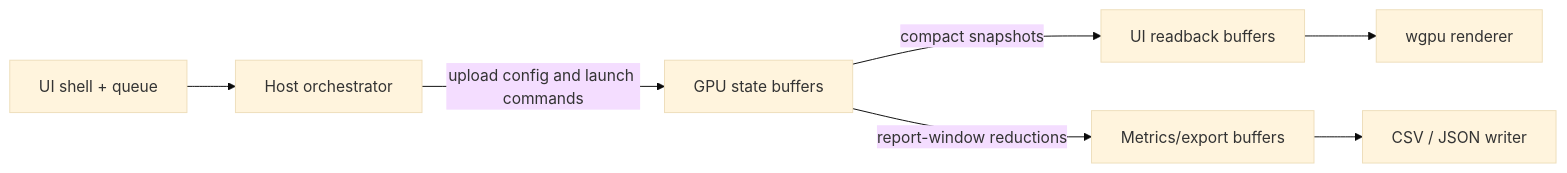
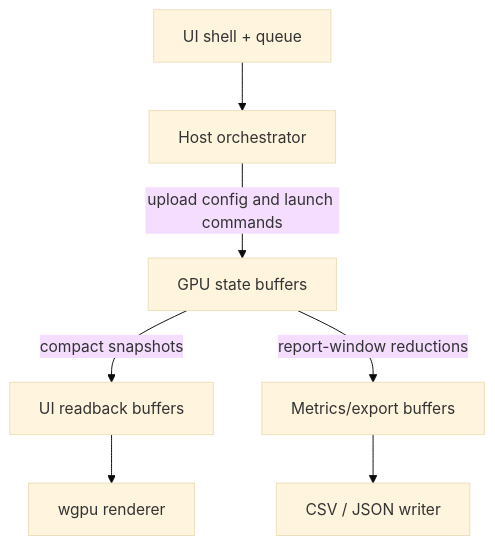
One commit to moon-aii/moonai changed the third of 4 diagrams in docs/architecture.md. Above: the diagram before and after it, drawn with Mermaid (base theme). The commit also changed 1 other file, not shown here.

````diff
--- a/docs/architecture.md
+++ b/docs/architecture.md
@@ -170,17 +170,17 @@
 ```mermaid
-flowchart LR
+flowchart TD
     SHELL[UI shell + queue]
     HOST[Host orchestrator]
     GPUSTATE[GPU state buffers]
     UIBUF[UI readback buffers]
     METBUF[Metrics/export buffers]
     RENDER[wgpu renderer]
     FILES[CSV / JSON writer]
 
     SHELL --> HOST
     HOST -->|upload config and launch commands| GPUSTATE
     GPUSTATE -->|compact snapshots| UIBUF
     GPUSTATE -->|report-window reductions| METBUF
     UIBUF --> RENDER
     METBUF --> FILES
 ```
````
